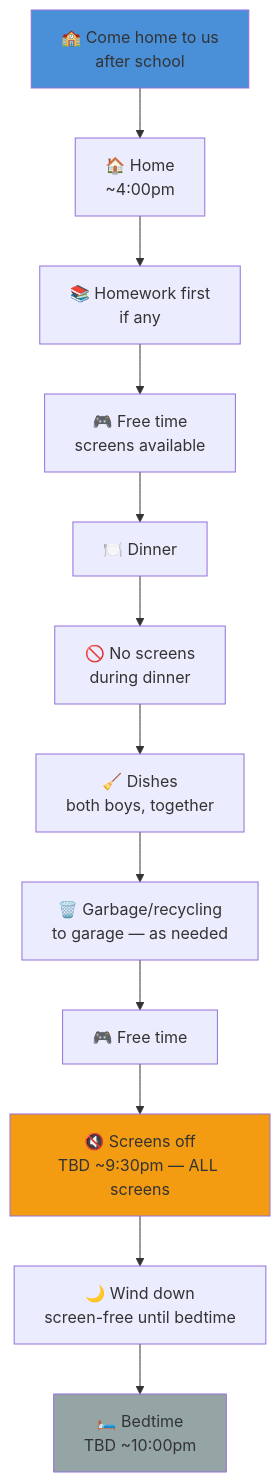
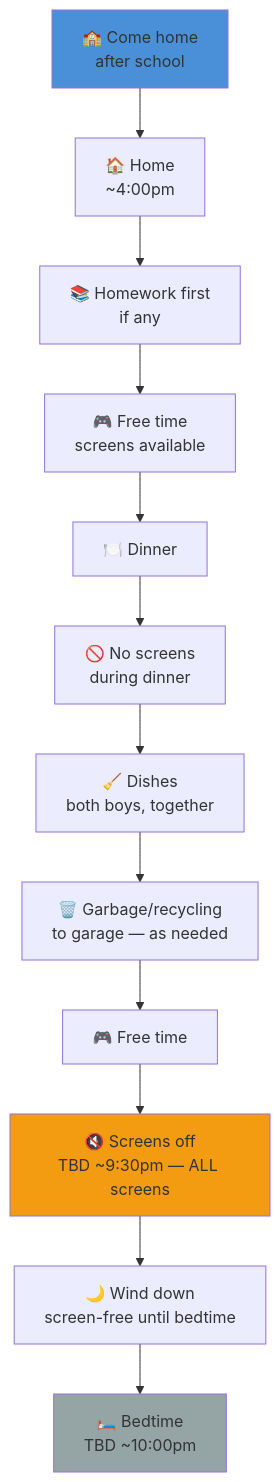
Before and after one commit to ajass/technology-reset: the diagram in day-types/01-friday.md, drawn with Mermaid. The commit also changed other lines of this file and 1 other file, not shown here.

Commit message:
Friday: title to 'Our Friday', pass down removed from flowchart, 'pick up' wording fixed to 'come home after school'

````diff
--- a/day-types/01-friday.md
+++ b/day-types/01-friday.md
@@ -8,18 +8,18 @@
 ```mermaid
 flowchart TD
-    A["🏫 Come home to us<br/>after school"] --> B["🏠 Home<br/>~4:00pm"]
+    A["🏫 Come home<br/>after school"] --> B["🏠 Home<br/>~4:00pm"]
     B --> C["📚 Homework first<br/>if any"]
     C --> D["🎮 Free time<br/>screens available"]
     D --> E["🍽️ Dinner"]
     E --> F["🚫 No screens<br/>during dinner"]
     F --> G["🧹 Dishes<br/>both boys, together"]
     G --> H["🗑️ Garbage/recycling<br/>to garage — as needed"]
     H --> I["🎮 Free time"]
     I --> J["🔇 Screens off<br/>TBD ~9:30pm — ALL screens"]
     J --> K["🌙 Wind down<br/>screen-free until bedtime"]
     K --> L["🛏️ Bedtime<br/>TBD ~10:00pm"]
 
     style A fill:#4a90d9
     style J fill:#f39c12
     style L fill:#95a5a6
 ```
````
